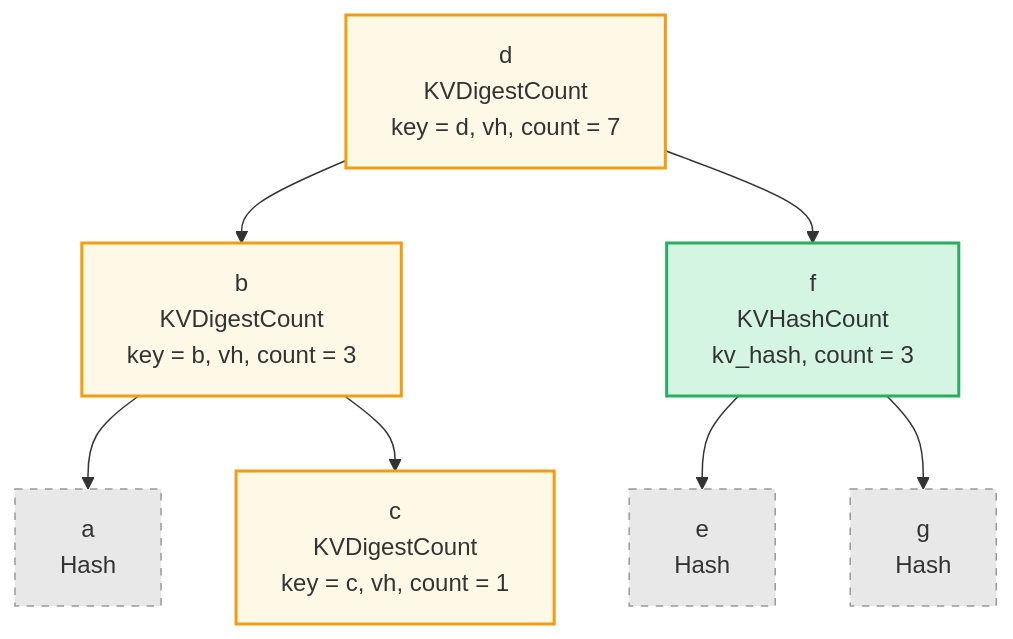
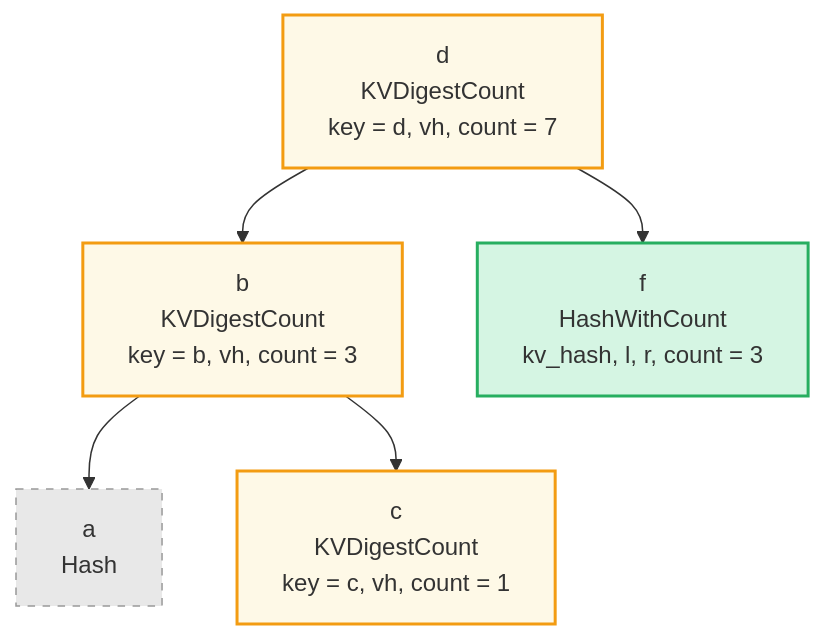
One commit to dashpay/grovedb changed the second of 5 diagrams in docs/book/src/aggregate-count-queries.md. Above: the diagram before and after it, drawn with Mermaid. The commit also changed other lines of this file, not shown here.

````diff
--- a/docs/book/src/aggregate-count-queries.md
+++ b/docs/book/src/aggregate-count-queries.md
@@ -218,24 +225,18 @@
 ```mermaid
 graph TD
     d["d<br/>KVDigestCount<br/>key = d, vh, count = 7"]
     b["b<br/>KVDigestCount<br/>key = b, vh, count = 3"]
-    f["f<br/>KVHashCount<br/>kv_hash, count = 3"]
+    f["f<br/>HashWithCount<br/>kv_hash, l, r, count = 3"]
     aH["a<br/>Hash"]
     c["c<br/>KVDigestCount<br/>key = c, vh, count = 1"]
-    eH["e<br/>Hash"]
-    gH["g<br/>Hash"]
     d --> b
     d --> f
     b --> aH
     b --> c
-    f --> eH
-    f --> gH
 
     style d fill:#fef9e7,stroke:#f39c12,stroke-width:2px
     style b fill:#fef9e7,stroke:#f39c12,stroke-width:2px
     style c fill:#fef9e7,stroke:#f39c12,stroke-width:2px
     style f fill:#d5f5e3,stroke:#27ae60,stroke-width:2px
     style aH fill:#e8e8e8,stroke:#999,stroke-dasharray:5 5
-    style eH fill:#e8e8e8,stroke:#999,stroke-dasharray:5 5
-    style gH fill:#e8e8e8,stroke:#999,stroke-dasharray:5 5
 ```
````
